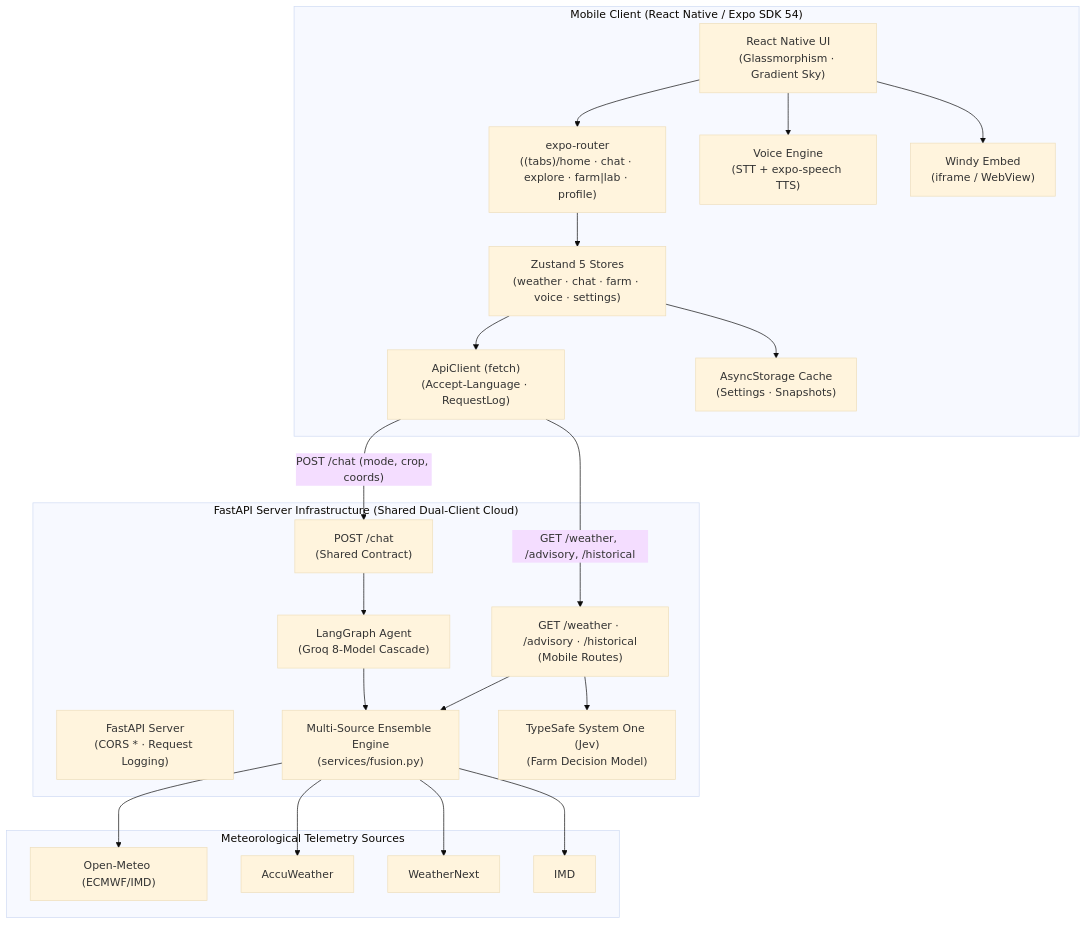
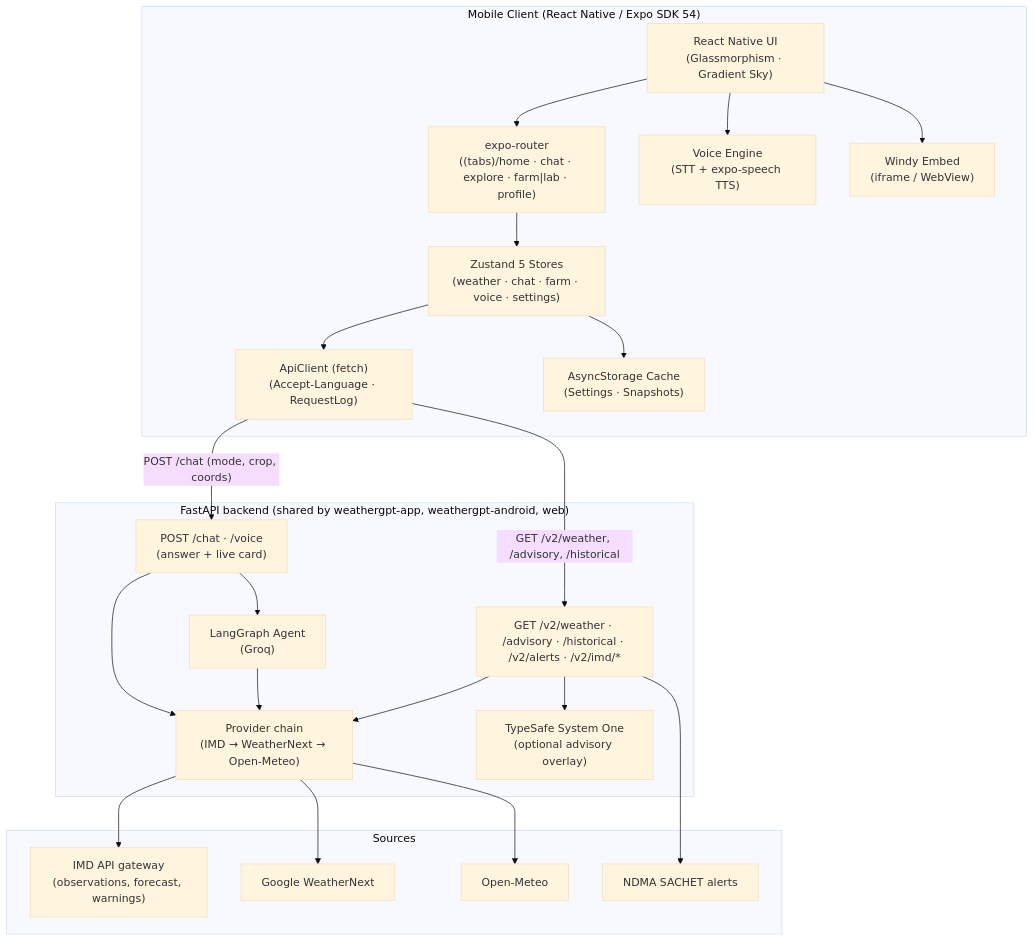
Before and after one commit to omsenjalia/weathergpt-app: the diagram in README.md, drawn with Mermaid (base theme). The commit also changed other lines of this file and 26 other files, not shown here.

First line of the commit message:
Use the unified backend; show official IMD/NDMA warnings and IMD observations (#39)

````diff
--- a/README.md
+++ b/README.md
@@ -118,48 +119,48 @@
 ```mermaid
 graph TB
     subgraph "Mobile Client (React Native / Expo SDK 54)"
         UI["React Native UI<br/>(Glassmorphism · Gradient Sky)"]
         ROUTER["expo-router<br/>((tabs)/home · chat · explore · farm|lab · profile)"]
         STATE["Zustand 5 Stores<br/>(weather · chat · farm · voice · settings)"]
         API["ApiClient (fetch)<br/>(Accept-Language · RequestLog)"]
         ASYNC["AsyncStorage Cache<br/>(Settings · Snapshots)"]
         VOICE["Voice Engine<br/>(STT + expo-speech TTS)"]
         MAP["Windy Embed<br/>(iframe / WebView)"]
     end
 
-    subgraph "FastAPI Server Infrastructure (Shared Dual-Client Cloud)"
-        SERVER["FastAPI Server<br/>(CORS * · Request Logging)"]
-        RCHAT["POST /chat<br/>(Shared Contract)"]
-        RMOB["GET /weather · /advisory · /historical<br/>(Mobile Routes)"]
-        FUSION["Multi-Source Ensemble Engine<br/>(services/fusion.py)"]
-        JEV["TypeSafe System One (Jev)<br/>(Farm Decision Model)"]
-        AGENT["LangGraph Agent<br/>(Groq 8-Model Cascade)"]
+    subgraph "FastAPI backend (shared by weathergpt-app, weathergpt-android, web)"
+        RCHAT["POST /chat · /voice<br/>(answer + live card)"]
+        RMOB["GET /v2/weather · /advisory · /historical · /v2/alerts · /v2/imd/*"]
+        CHAIN["Provider chain<br/>(IMD → WeatherNext → Open-Meteo)"]
+        JEV["TypeSafe System One<br/>(optional advisory overlay)"]
+        AGENT["LangGraph Agent<br/>(Groq)"]
     end
 
-    subgraph "Meteorological Telemetry Sources"
-        OM["Open-Meteo (ECMWF/IMD)"]
-        AW["AccuWeather"]
-        WN["WeatherNext"]
-        IMD["IMD"]
+    subgraph "Sources"
+        IMD["IMD API gateway<br/>(observations, forecast, warnings)"]
+        WN["Google WeatherNext"]
+        OM["Open-Meteo"]
+        SACHET["NDMA SACHET alerts"]
     end
 
     UI --> ROUTER
     ROUTER --> STATE
     STATE --> API
     STATE --> ASYNC
     UI --> VOICE
     UI --> MAP
 
-    API -->|"GET /weather, /advisory, /historical"| RMOB
+    API -->|"GET /v2/weather, /advisory, /historical"| RMOB
     API -->|"POST /chat (mode, crop, coords)"| RCHAT
 
     RCHAT --> AGENT
-    AGENT --> FUSION
-    RMOB --> FUSION
+    RCHAT --> CHAIN
+    AGENT --> CHAIN
+    RMOB --> CHAIN
     RMOB --> JEV
+    RMOB --> SACHET
 
-    FUSION --> OM
-    FUSION --> AW
-    FUSION --> WN
-    FUSION --> IMD
+    CHAIN --> IMD
+    CHAIN --> WN
+    CHAIN --> OM
 ```
````
